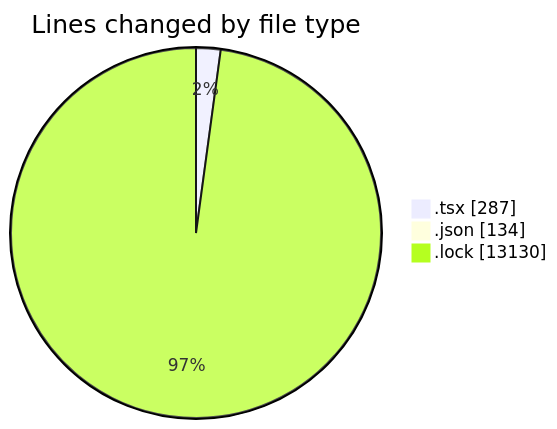
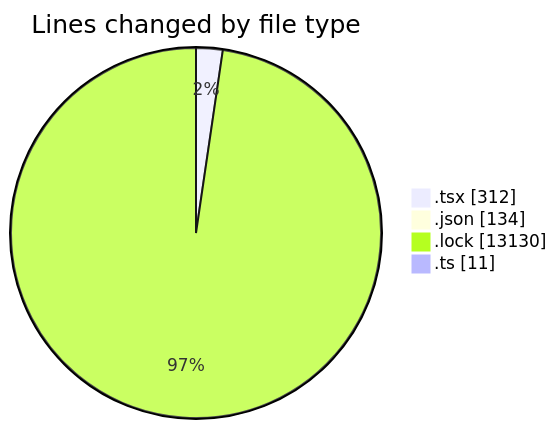
One commit to momahboobian/code-tracking changed the first of 2 diagrams in 2025-02-09/cda/README.md. Above: the diagram before and after it, drawn with Mermaid. The commit also changed other lines of this file and 1 other file, not shown here.

````diff
--- a/2025-02-09/cda/README.md
+++ b/2025-02-09/cda/README.md
@@ -25,7 +26,8 @@
 ```mermaid
 pie showData
 title Lines changed by file type
-".tsx" : 287
+".tsx" : 312
 ".json" : 134
 ".lock" : 13130
+".ts" : 11
 ```
````
